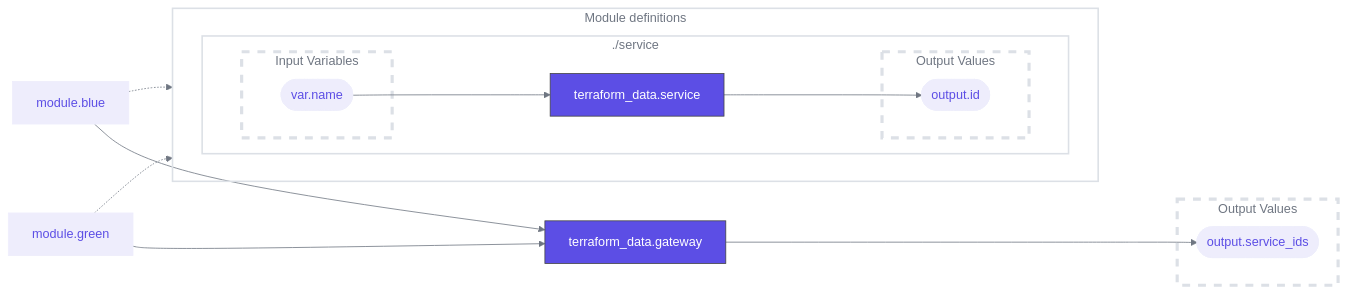
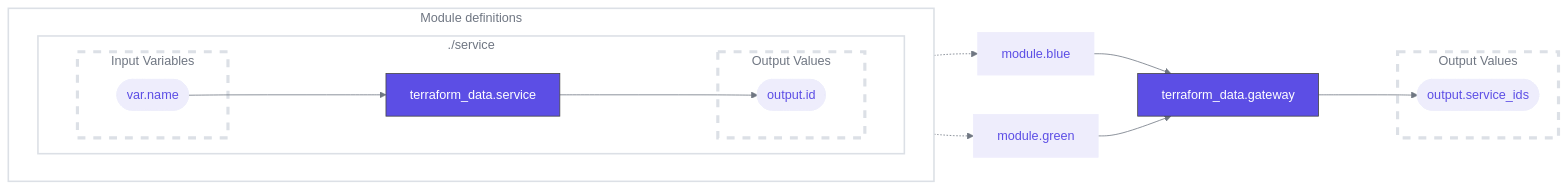
The third of 20 diagrams in README.md (asannou/tfmermaid-action), drawn with Mermaid before and after one commit. The commit also changed 2 other files, not shown here.

Commit message:
Apply arrow direction to module references

````diff
--- a/README.md
+++ b/README.md
@@ -133,43 +133,43 @@
 ```mermaid
 %%tfmermaid:module-views/deduplicated
 %%{init:{"theme":"default","themeVariables":{"lineColor":"#6f7682","textColor":"#6f7682"}}}%%
 flowchart LR
 classDef r fill:#5c4ee5,stroke:#444,color:#fff
 classDef v fill:#eeedfc,stroke:#eeedfc,color:#5c4ee5
 classDef ms fill:none,stroke:#dce0e6,stroke-width:2px
 classDef vs fill:none,stroke:#dce0e6,stroke-width:4px,stroke-dasharray:10
 classDef ps fill:none,stroke:none
 classDef cs fill:#f7f8fa,stroke:#dce0e6,stroke-width:2px
 n0["module.blue"]:::v
 n1["module.green"]:::v
 n2["terraform_data.gateway"]:::r
 subgraph "n3"["Output Values"]
 n4(["output.service_ids"]):::v
 end
 class n3 vs
 subgraph "n5"["Module definitions"]
 direction LR
 subgraph "n6"["./service"]
 direction LR
 n7["terraform_data.service"]:::r
 subgraph "n8"["Output Values"]
 n9(["output.id"]):::v
 end
 class n8 vs
 subgraph "na"["Input Variables"]
 nb(["var.name"]):::v
 end
 class na vs
 end
 class n6 ms
 style n6 fill:none,stroke:#dce0e6,stroke-width:2px
 end
 class n5 ms
 n2--->n4
 n0-->n2
 n1-->n2
 n7--->n9
 nb--->n7
-n0-.->n6
-n1-.->n6
+n6-.->n0
+n6-.->n1
 ```
````
